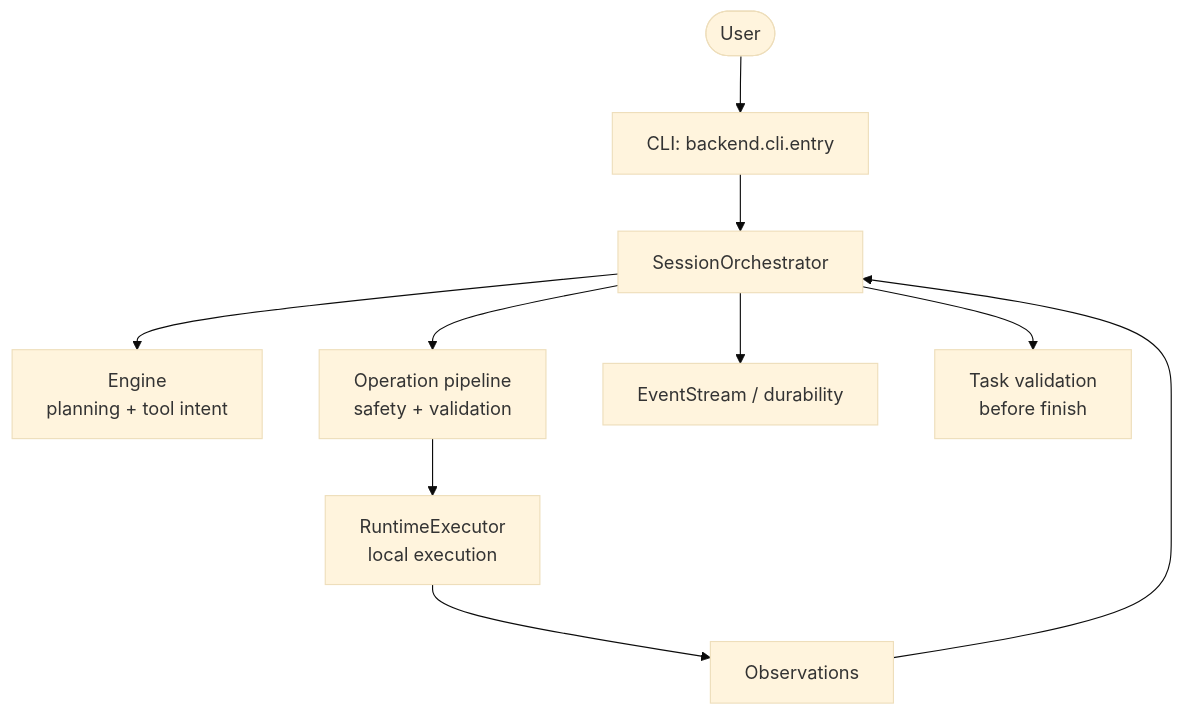
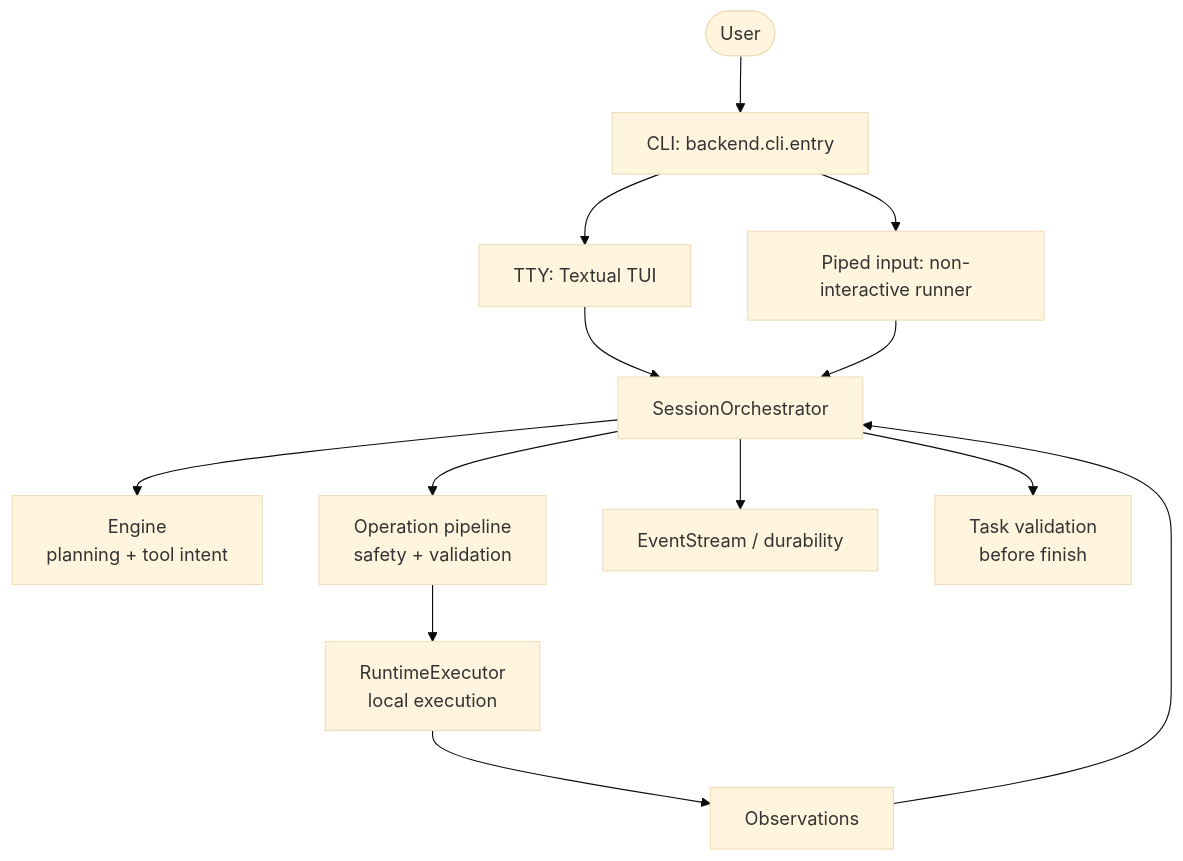
One commit to josephsenior/Grinta-Coding-Agent changed the diagram in README.md. Above: the diagram before and after it, drawn with Mermaid (base theme). The commit also changed other lines of this file and 58 other files, not shown here.

````diff
--- a/README.md
+++ b/README.md
@@ -101,12 +103,15 @@
 ```mermaid
 graph TB
     User([User]) --> CLI[CLI: backend.cli.entry]
-    CLI --> Orch[SessionOrchestrator]
+    CLI --> TUI[TTY: Textual TUI]
+    CLI --> NonInteractive[Piped input: non-interactive runner]
+    TUI --> Orch[SessionOrchestrator]
+    NonInteractive --> Orch
     Orch --> Engine[Engine\nplanning + tool intent]
     Orch --> Pipe[Operation pipeline\nsafety + validation]
     Pipe --> Runtime[RuntimeExecutor\nlocal execution]
     Runtime --> Obs[Observations]
     Obs --> Orch
     Orch --> Ledger[EventStream / durability]
     Orch --> FinishGate[Task validation\nbefore finish]
 ```
````
